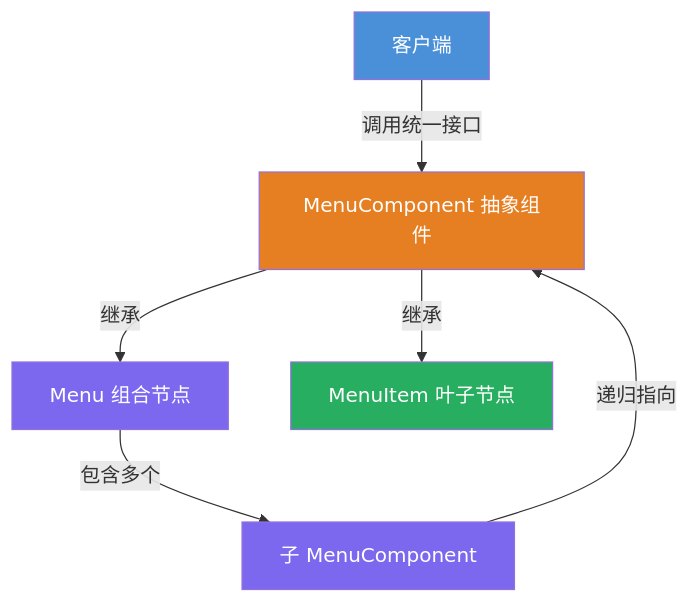
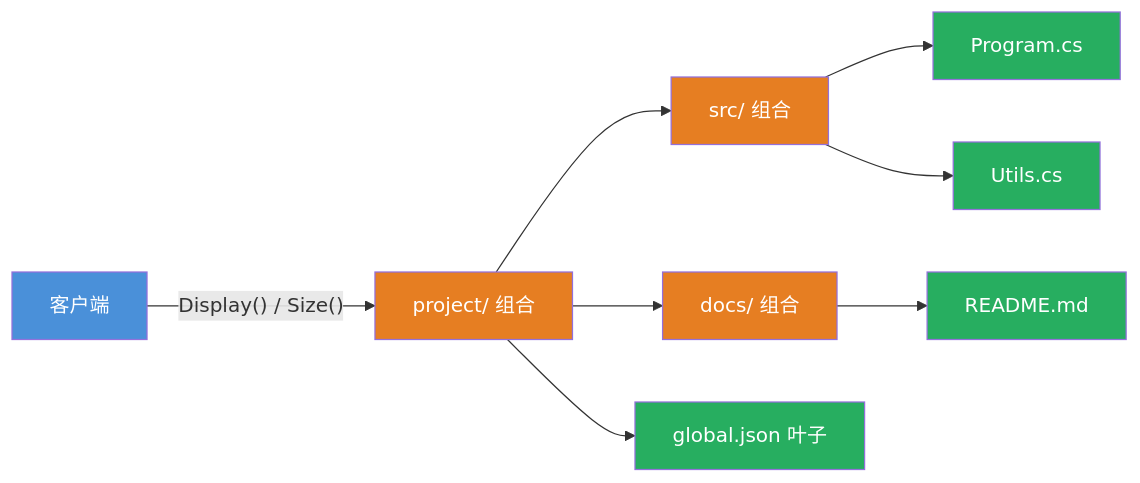
One commit to hollson/design_patterns changed the second of 3 diagrams in CompositePattern/README.md. Above: the diagram before and after it, drawn with Mermaid. The commit also changed other lines of this file and 143 other files, not shown here.

````diff
--- a/CompositePattern/README.md
+++ b/CompositePattern/README.md
@@ -27,14 +101,19 @@
 ```mermaid
-flowchart TD
-    A["客户端"] -->|"调用统一接口"| B["MenuComponent 抽象组件"]
-    B -->|"继承"| C["Menu 组合节点"]
-    B -->|"继承"| D["MenuItem 叶子节点"]
-    C -->|"包含多个"| E["子 MenuComponent"]
-    E -->|"递归指向"| B
+flowchart LR
+    C["客户端"] -->|"Display() / Size()"| R["project/ 组合"]
+    R --> S["src/ 组合"]
+    R --> D["docs/ 组合"]
+    R --> F1["global.json 叶子"]
+    S --> F2["Program.cs"]
+    S --> F3["Utils.cs"]
+    D --> F4["README.md"]
 
-    style A fill:#4A90D9,color:#fff
-    style B fill:#E67E22,color:#fff
-    style C fill:#7B68EE,color:#fff
-    style D fill:#27AE60,color:#fff
-    style E fill:#7B68EE,color:#fff
+    style C fill:#4A90D9,color:#fff
+    style R fill:#E67E22,color:#fff
+    style S fill:#E67E22,color:#fff
+    style D fill:#E67E22,color:#fff
+    style F1 fill:#27AE60,color:#fff
+    style F2 fill:#27AE60,color:#fff
+    style F3 fill:#27AE60,color:#fff
+    style F4 fill:#27AE60,color:#fff
 ```
````
